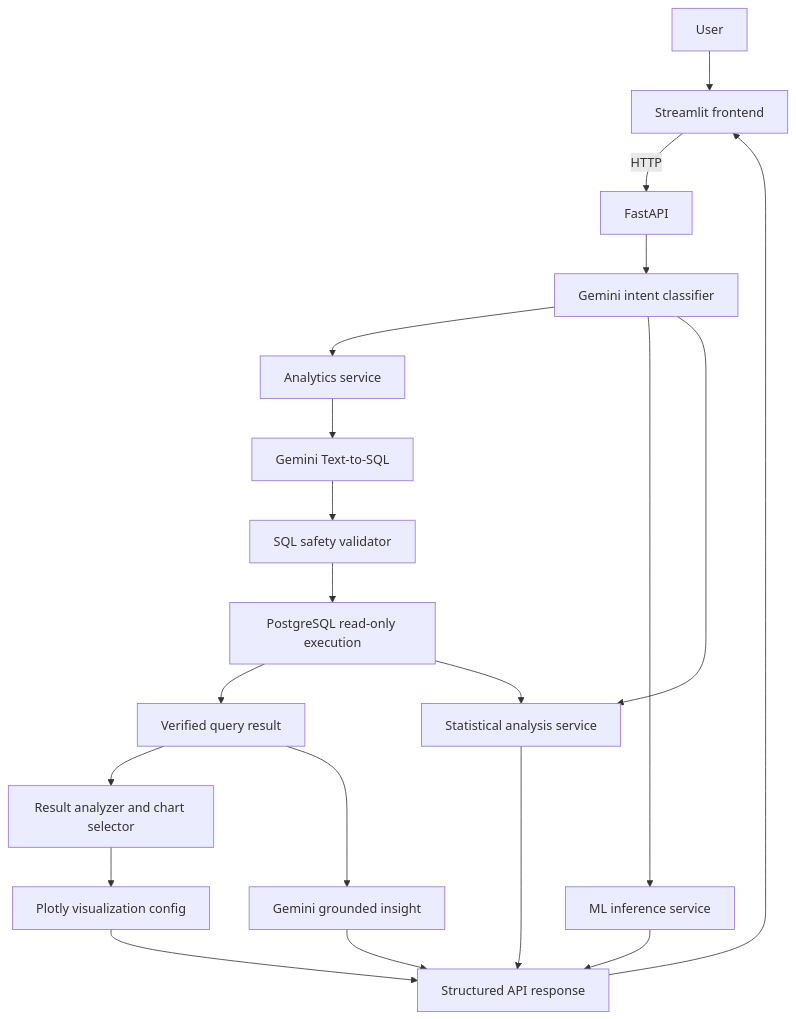
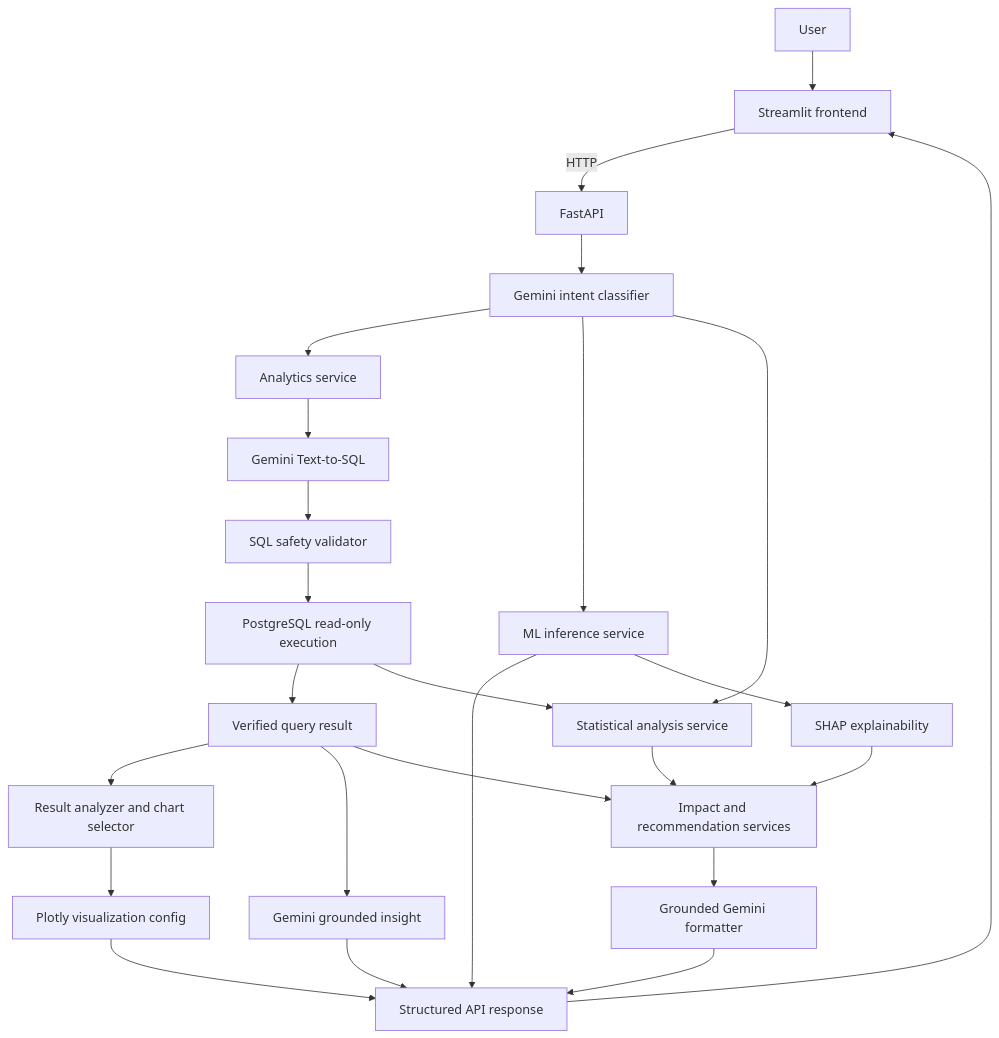
Before and after one commit to Pardhu156/Enterprise-AI-SQL-Analytics-Copilot: the second of 7 diagrams in README.md, drawn with Mermaid. The commit also changed other lines of this file and 36 other files, not shown here.

Commit message:
Phase 7C : Explainability and Business impact

````diff
--- a/README.md
+++ b/README.md
@@ -54,22 +63,27 @@
 ```mermaid
 flowchart TD
     U["User"] --> S["Streamlit frontend"]
     S -->|"HTTP"| API["FastAPI"]
     API --> IR["Gemini intent classifier"]
     IR --> AS["Analytics service"]
     IR --> MS["ML inference service"]
     IR --> SS["Statistical analysis service"]
     AS --> T["Gemini Text-to-SQL"]
     T --> V["SQL safety validator"]
     V --> DB["PostgreSQL read-only execution"]
     DB --> R["Verified query result"]
     R --> RA["Result analyzer and chart selector"]
     R --> GI["Gemini grounded insight"]
     RA --> P["Plotly visualization config"]
     GI --> O["Structured API response"]
     P --> O
     MS --> O
     DB --> SS
-    SS --> O
+    MS --> XAI["SHAP explainability"]
+    R --> BI["Impact and recommendation services"]
+    SS --> BI
+    XAI --> BI
+    BI --> GF["Grounded Gemini formatter"]
+    GF --> O
     O --> S
 ```
````
